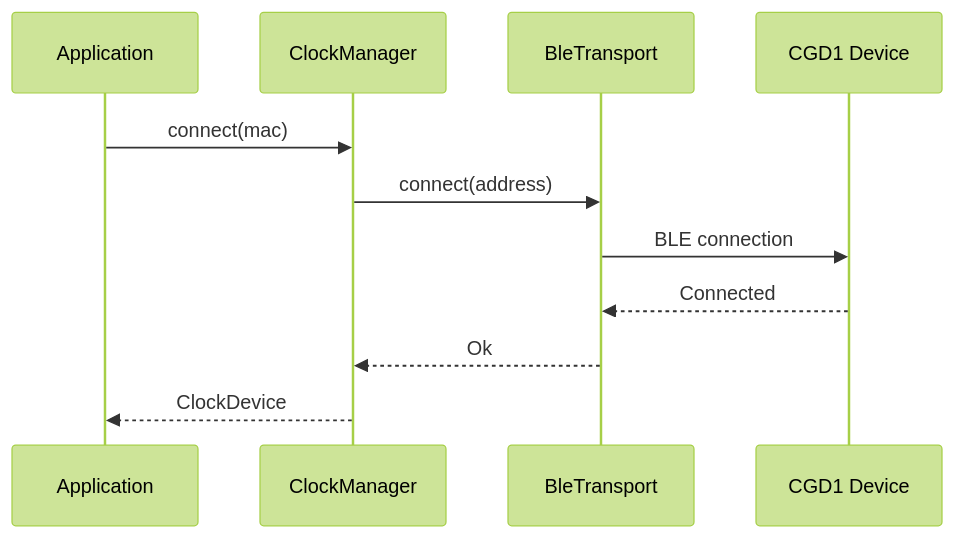
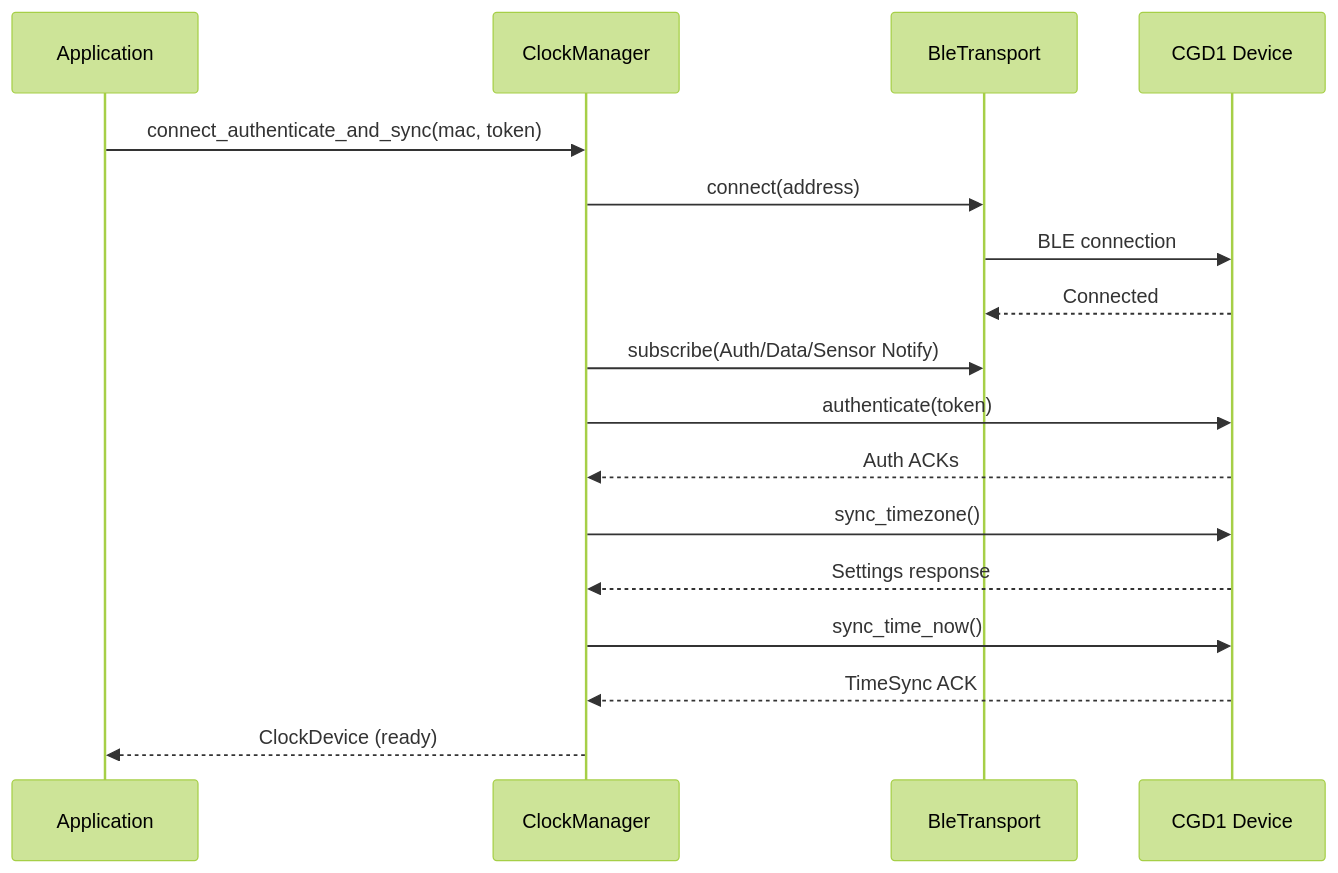
One commit to smearor/cgd1-rs changed the diagram in book/src/connecting.md. Above: the diagram before and after it, drawn with Mermaid (forest theme). The commit also changed other lines of this file and 5 other files, not shown here.

````diff
--- a/book/src/connecting.md
+++ b/book/src/connecting.md
@@ -63,14 +63,20 @@
 ```mermaid
 sequenceDiagram
     participant App as Application
     participant Manager as ClockManager
     participant Transport as BleTransport
     participant CGD1 as CGD1 Device
 
-    App->>Manager: connect(mac)
+    App->>Manager: connect_authenticate_and_sync(mac, token)
     Manager->>Transport: connect(address)
     Transport->>CGD1: BLE connection
     CGD1-->>Transport: Connected
-    Transport-->>Manager: Ok
-    Manager-->>App: ClockDevice
+    Manager->>Transport: subscribe(Auth/Data/Sensor Notify)
+    Manager->>CGD1: authenticate(token)
+    CGD1-->>Manager: Auth ACKs
+    Manager->>CGD1: sync_timezone()
+    CGD1-->>Manager: Settings response
+    Manager->>CGD1: sync_time_now()
+    CGD1-->>Manager: TimeSync ACK
+    Manager-->>App: ClockDevice (ready)
 ```
````
